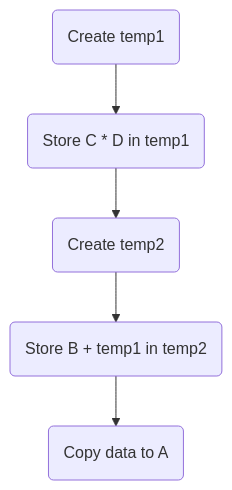
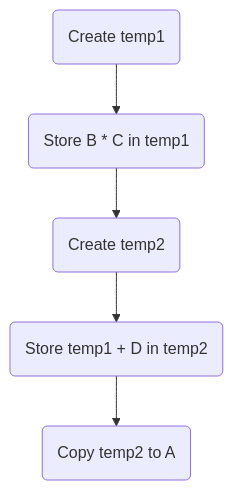
Before and after one commit to Joey574/MachineLearningCpp: the second of 3 diagrams in README.md, drawn with Mermaid. The commit also changed other lines of this file, not shown here.

````diff
--- a/README.md
+++ b/README.md
@@ -74,6 +74,6 @@
 ```mermaid
     flowchart TD
-    a(Create temp1) --> b(Store C * D in temp1)
-    b --> c(Create temp2) -->d(Store B + temp1 in temp2)
-    d --> e(Copy data to A)
+    a(Create temp1) --> b(Store B * C in temp1)
+    b --> c(Create temp2) -->d(Store temp1 + D in temp2)
+    d --> e(Copy temp2 to A)
 ```
````
